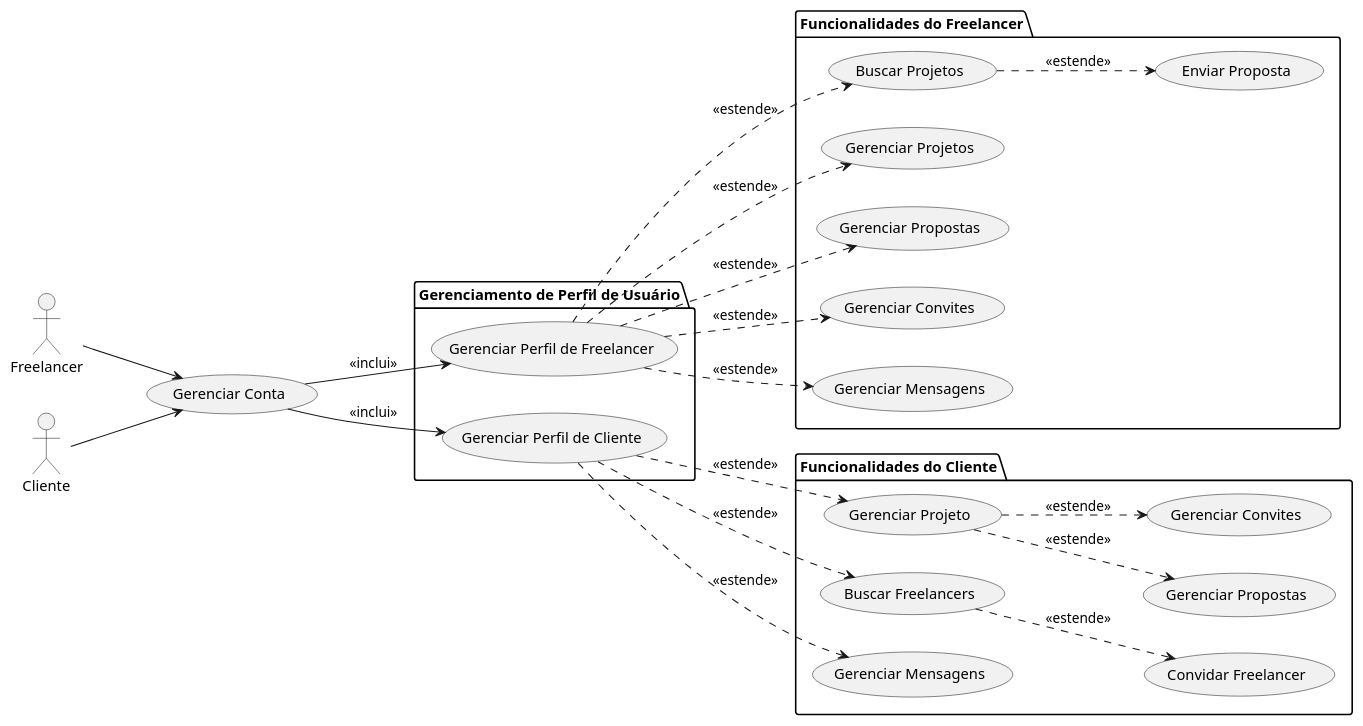
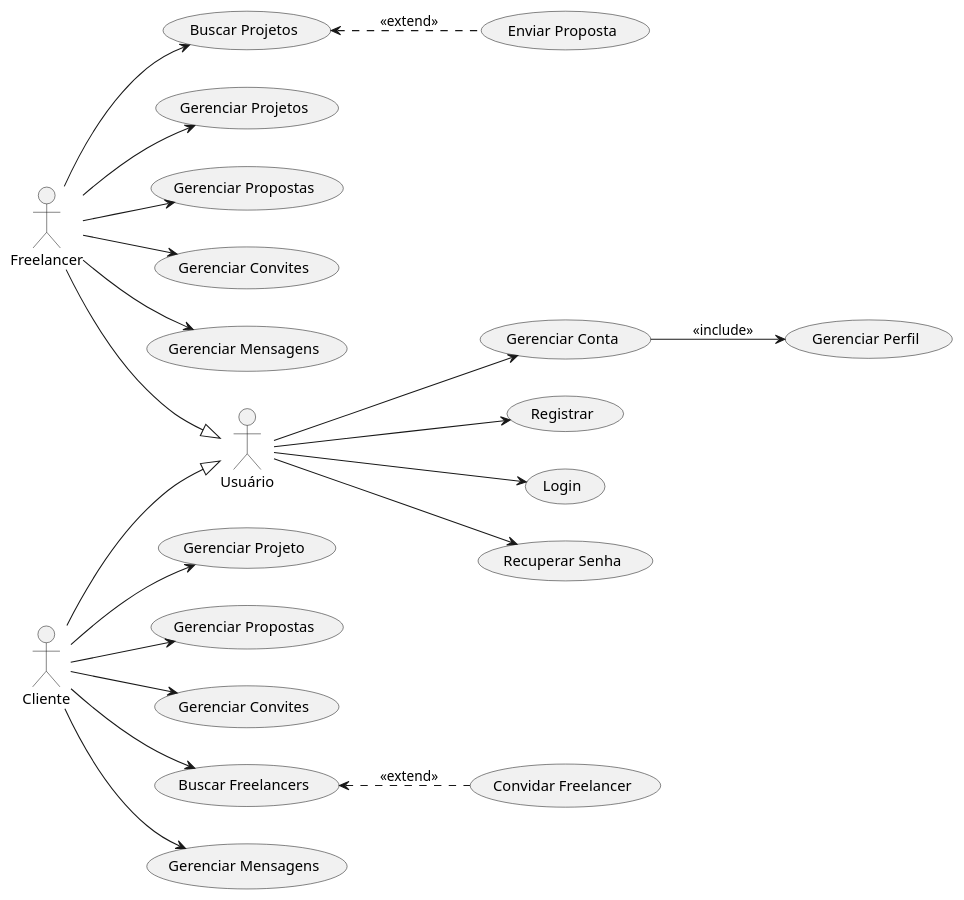
One commit to lucasneiva/armoredcode changed the diagram in docs/useCaseDiagram.puml. Above: the diagram before and after it, drawn with PlantUML.

Commit message:
fix usecase diagram

```diff
--- a/docs/useCaseDiagram.puml
+++ b/docs/useCaseDiagram.puml
@@ -1,52 +1,54 @@
 @startuml usecase diagram
 left to right direction
 
+actor Usuário as User
 actor Freelancer
 actor Cliente
 
-usecase "Gerenciar Conta" as UC0
+usecase "Registrar" as UC_Registrar
+usecase "Login" as UC_Login
+usecase "Recuperar Senha" as UC_RecuperarSenha
+usecase "Gerenciar Conta" as UC_GerenciarConta
 
-package "Gerenciamento de Perfil de Usuário" {
-    usecase "Gerenciar Perfil de Freelancer" as UC1
-    usecase "Gerenciar Perfil de Cliente" as UC2
-}
+usecase "Gerenciar Perfil" as UC1
 
-package "Funcionalidades do Freelancer" {
-    usecase "Enviar Proposta" as UC6
-    usecase "Buscar Projetos" as UC5
-    usecase "Gerenciar Projetos" as UC13
-    usecase "Gerenciar Propostas" as UC14
-    usecase "Gerenciar Convites" as UC10
-    usecase "Gerenciar Mensagens" as UC11
-}
+usecase "Enviar Proposta" as UC6
+usecase "Buscar Projetos" as UC5
+usecase "Gerenciar Projetos" as UC13
+usecase "Gerenciar Propostas" as UC14
+usecase "Gerenciar Convites" as UC10
+usecase "Gerenciar Mensagens" as UC11
 
-package "Funcionalidades do Cliente" {
-    usecase "Gerenciar Projeto" as UC7
-    usecase "Gerenciar Propostas" as UC9
-    usecase "Convidar Freelancer" as UC8
-    usecase "Gerenciar Convites" as UC35
+usecase "Gerenciar Projeto" as UC7
+usecase "Gerenciar Propostas" as UC9
+usecase "Convidar Freelancer" as UC8
+usecase "Gerenciar Convites" as UC35
+usecase "Buscar Freelancers" as UC25
+usecase "Gerenciar Mensagens" as UC12
 
+User --> UC_Registrar
+User --> UC_Login
+User --> UC_RecuperarSenha
+User --> UC_GerenciarConta
 
-    usecase "Buscar Freelancers" as UC25
-    usecase "Gerenciar Mensagens" as UC12
-}
+Cliente --|> User
+Freelancer --|> User
 
-Freelancer --> UC0
-Cliente --> UC0
+UC_GerenciarConta --> UC1 : <<include>>
 
-UC0 --> UC1 : <<inclui>>
-UC0 --> UC2 : <<inclui>>
-UC1 ..> UC5 : <<estende>>
-UC5 ..> UC6 : <<estende>>
-UC2 ..> UC7 : <<estende>>
-UC2 ..> UC25 : <<estende>>
-UC7 ..> UC9 : <<estende>>
-UC25 ..> UC8 : <<estende>>
-UC1 ..> UC10 : <<estende>>
-UC1 ..> UC11 : <<estende>>
-UC1 ..> UC13 : <<estende>>
-UC1 ..> UC14 : <<estende>>
-UC2 ..> UC12 : <<estende>>
-UC7 ..> UC35 : <<estende>>
+UC5 <.. UC6 : <<extend>>  
+UC25 <.. UC8 : <<extend>>
+
+Freelancer --> UC5
+Freelancer --> UC10
+Freelancer --> UC11
+Freelancer --> UC13
+Freelancer --> UC14
+
+Cliente --> UC7
+Cliente --> UC9
+Cliente --> UC35
+Cliente --> UC25
+Cliente --> UC12
 
 @enduml 
```
